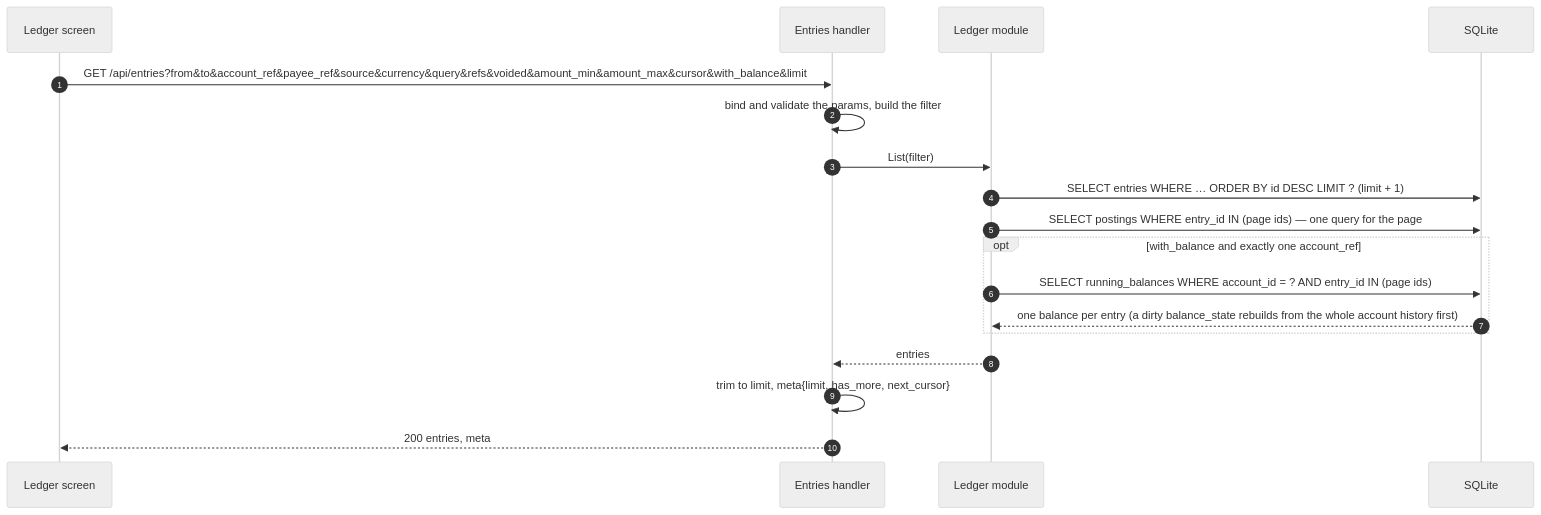
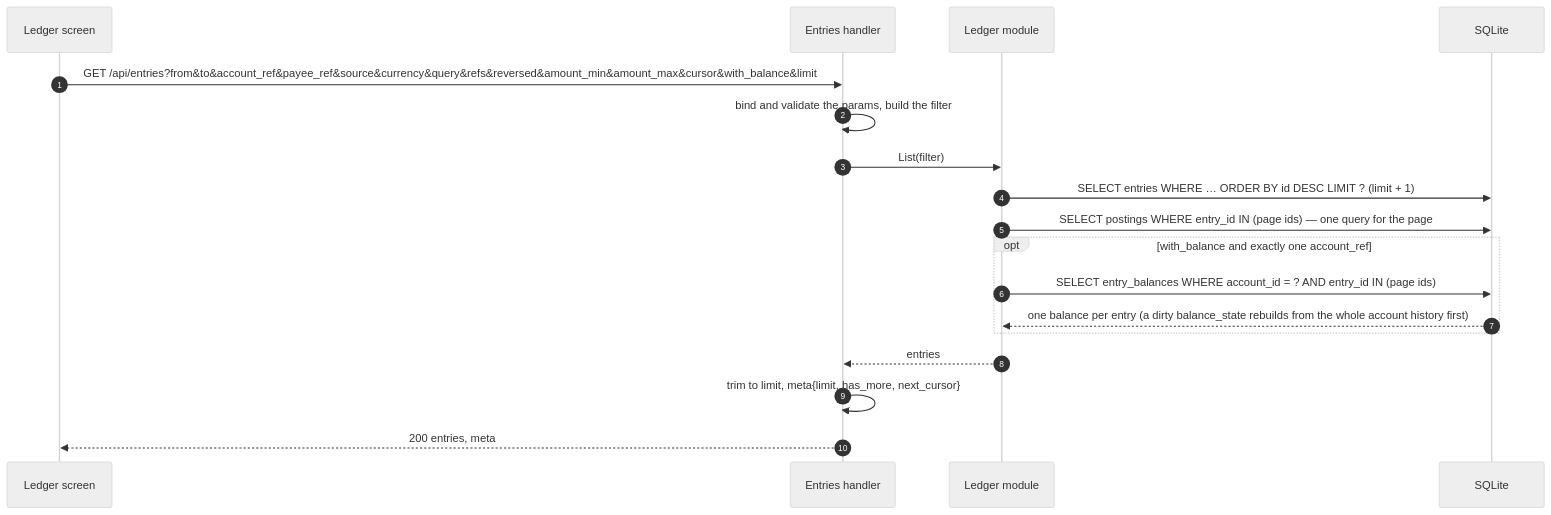
One commit to dimasbaguspm/spenicle changed the diagram in docs/endpoints/GET_api_entries.md. Above: the diagram before and after it, drawn with Mermaid (neutral theme). The commit also changed other lines of this file and 113 other files, not shown here.

````diff
--- a/docs/endpoints/GET_api_entries.md
+++ b/docs/endpoints/GET_api_entries.md
@@ -106,20 +106,20 @@
 ```mermaid
 sequenceDiagram
     autonumber
     participant UI as Ledger screen
     participant H as Entries handler
     participant L as Ledger module
     participant DB as SQLite
-    UI->>H: GET /api/entries?from&to&account_ref&payee_ref&source&currency&query&refs&voided&amount_min&amount_max&cursor&with_balance&limit
+    UI->>H: GET /api/entries?from&to&account_ref&payee_ref&source&currency&query&refs&reversed&amount_min&amount_max&cursor&with_balance&limit
     H->>H: bind and validate the params, build the filter
     H->>L: List(filter)
     L->>DB: SELECT entries WHERE … ORDER BY id DESC LIMIT ? (limit + 1)
     L->>DB: SELECT postings WHERE entry_id IN (page ids) — one query for the page
     opt with_balance and exactly one account_ref
-        L->>DB: SELECT running_balances WHERE account_id = ? AND entry_id IN (page ids)
+        L->>DB: SELECT entry_balances WHERE account_id = ? AND entry_id IN (page ids)
         DB-->>L: one balance per entry (a dirty balance_state rebuilds from the whole account history first)
     end
     L-->>H: entries
     H->>H: trim to limit, meta{limit, has_more, next_cursor}
     H-->>UI: 200 entries, meta
 ```
````
